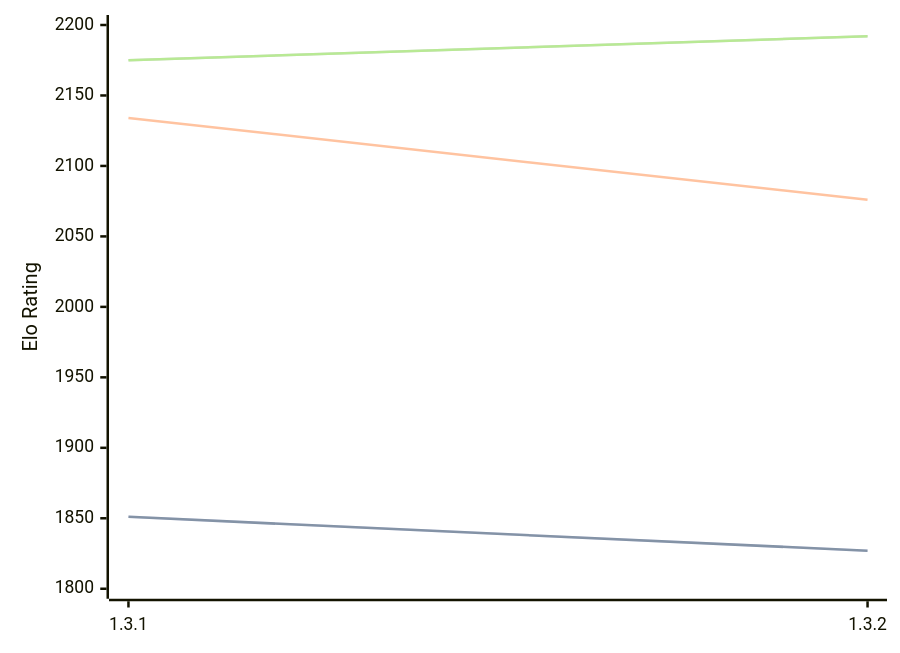
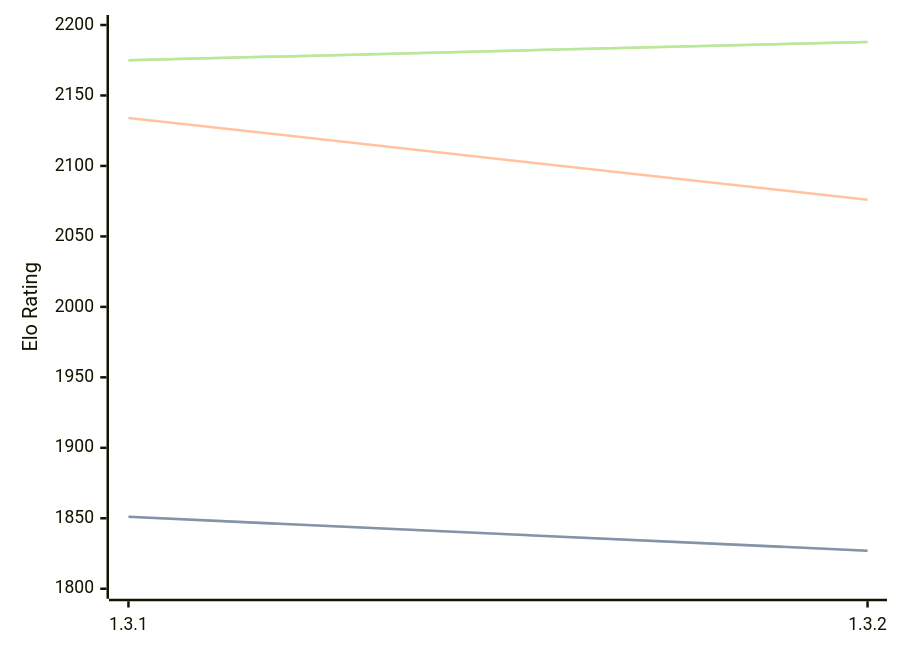
Before and after one commit to computer-chess-index/cci: the first of 3 diagrams in engines/Zugblitz.md, drawn with Mermaid. The commit also changed other lines of this file, not shown here.

Commit message:
Update CCI Ratings (ELO VLTC) - 2026-07-07

````diff
--- a/engines/Zugblitz.md
+++ b/engines/Zugblitz.md
@@ -32,11 +32,11 @@
 ```mermaid
 %%{init: {"theme":"base","themeVariables":{"seriesColors:['#a3a3a3','#222221','#faa371']}}}%%
 xychart-beta
   x-axis ["1.3.1", "1.3.2"]
   y-axis "Elo Rating" 1800 --> 2200
   line "STC (8.0+0.08s)" [1851, 1827]
   line "STC (8.0+0.08s)" [1851, 1827]
   line "LTC (60.0+0.60s)" [2134, 2076]
-  line "VLTC (2m24s+1.12s)" [2175, 2192]
-  line "VLTC (2m24s+1.12s)" [2175, 2192]
+  line "VLTC (2m24s+1.12s)" [2175, 2188]
+  line "VLTC (2m24s+1.12s)" [2175, 2188]
 ```
````
